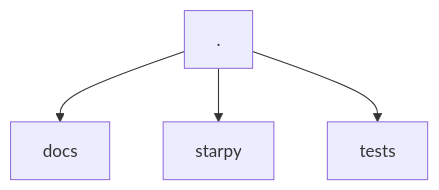
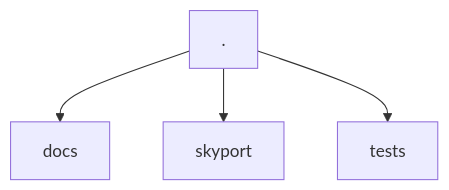
The first of 3 diagrams in docs/contributing.md (henriquesebastiao/starpy), drawn with Mermaid before and after one commit. The commit also changed other lines of this file and 14 other files, not shown here.

````diff
--- a/docs/contributing.md
+++ b/docs/contributing.md
@@ -9,6 +9,6 @@
 ```mermaid
 flowchart
     . --> docs
-    . --> starpy
+    . --> skyport
     . --> tests
 ```
````
